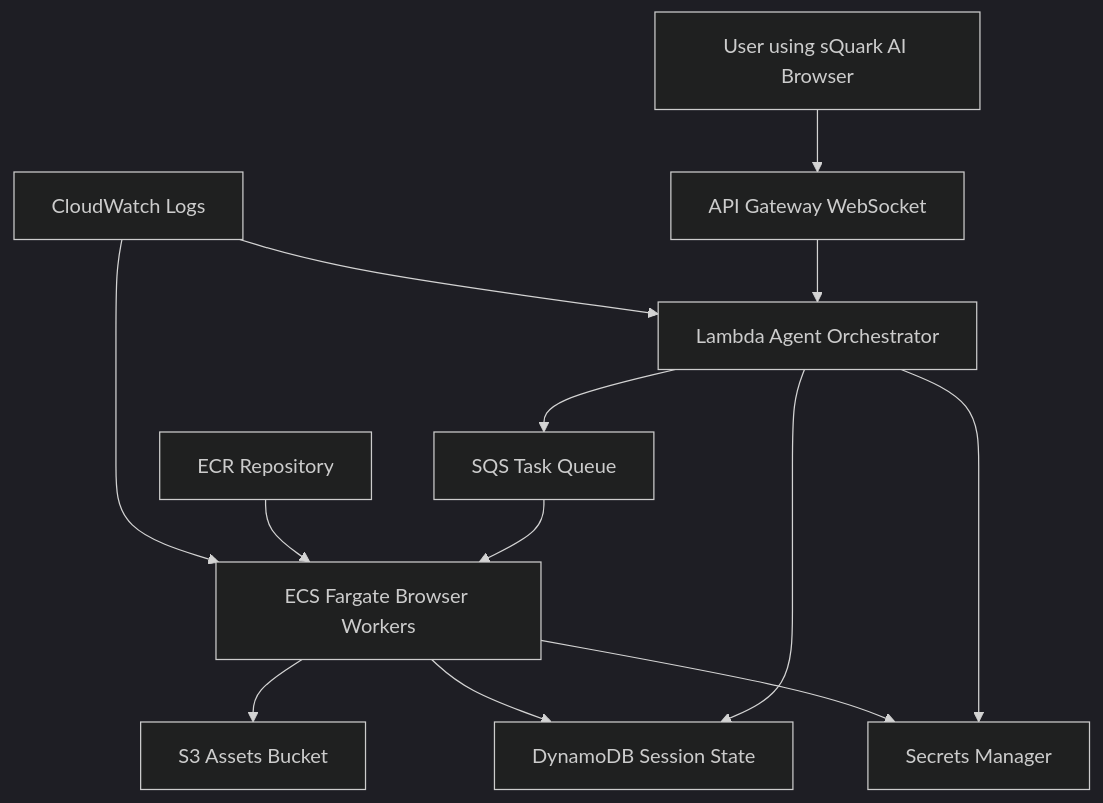
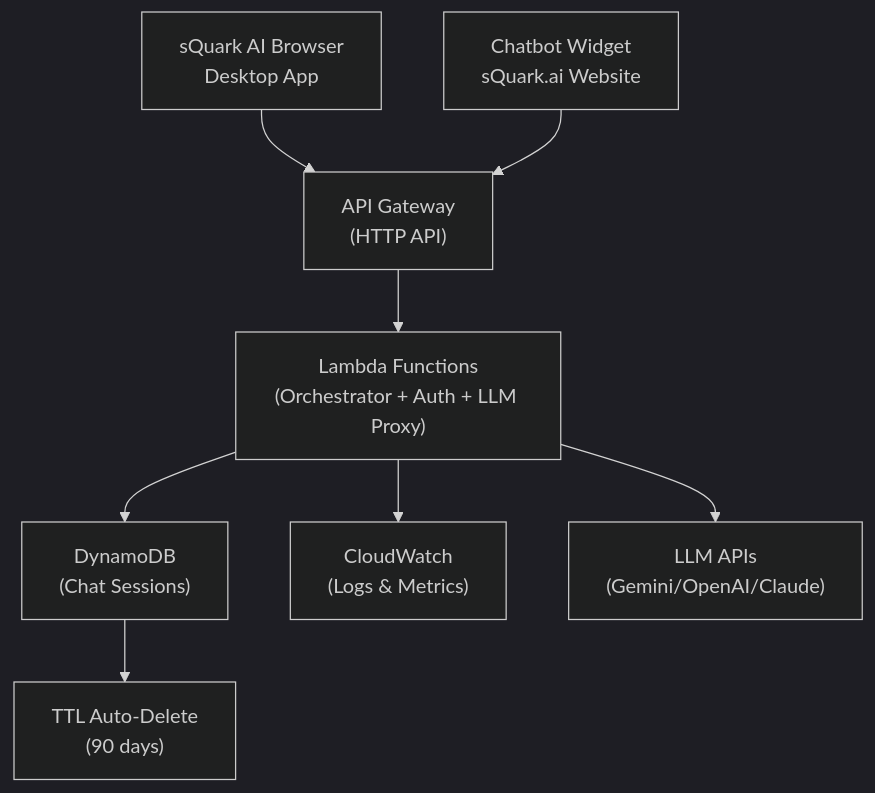
One commit to MesonX-ai/sQuark-bot changed the first of 2 diagrams in README.md. Above: the diagram before and after it, drawn with Mermaid (dark theme). The commit also changed other lines of this file and 7 other files, not shown here.

Commit message:
Update documentation for dual-purpose backend: sQuark Browser + sQuark.ai Website chatbot

````diff
--- a/README.md
+++ b/README.md
@@ -34,15 +35,10 @@
 ```mermaid
 flowchart TD
-    A[User using sQuark AI Browser] --> B[API Gateway WebSocket]
-    B --> C[Lambda Agent Orchestrator]
-    C --> D[SQS Task Queue]
-    C --> E[DynamoDB Session State]
-    C --> F[Secrets Manager]
-    D --> G[ECS Fargate Browser Workers]
-    G --> E
-    G --> H[S3 Assets Bucket]
-    G --> F
-    I[ECR Repository] --> G
-    J[CloudWatch Logs] --> C
-    J --> G
+    A[sQuark AI Browser<br/>Desktop App] --> B["API Gateway<br/>(HTTP API)"]
+    C[Chatbot Widget<br/>sQuark.ai Website] --> B
+    B --> D["Lambda Functions<br/>(Orchestrator + Auth + LLM Proxy)"]
+    D --> E["DynamoDB<br/>(Chat Sessions)"]
+    D --> F["CloudWatch<br/>(Logs & Metrics)"]
+    D --> G["LLM APIs<br/>(Gemini/OpenAI/Claude)"]
+    E --> H["TTL Auto-Delete<br/>(90 days)"]
 ```
````
